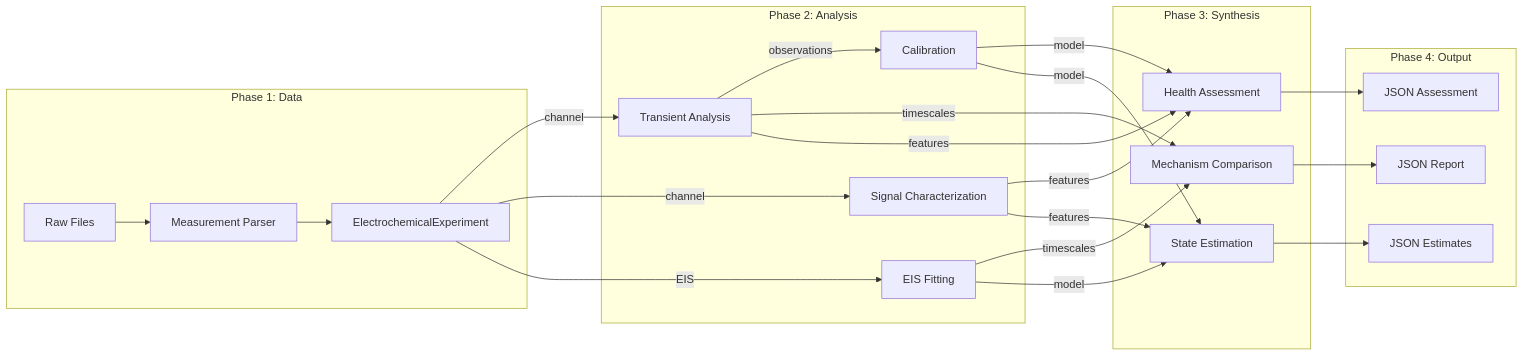
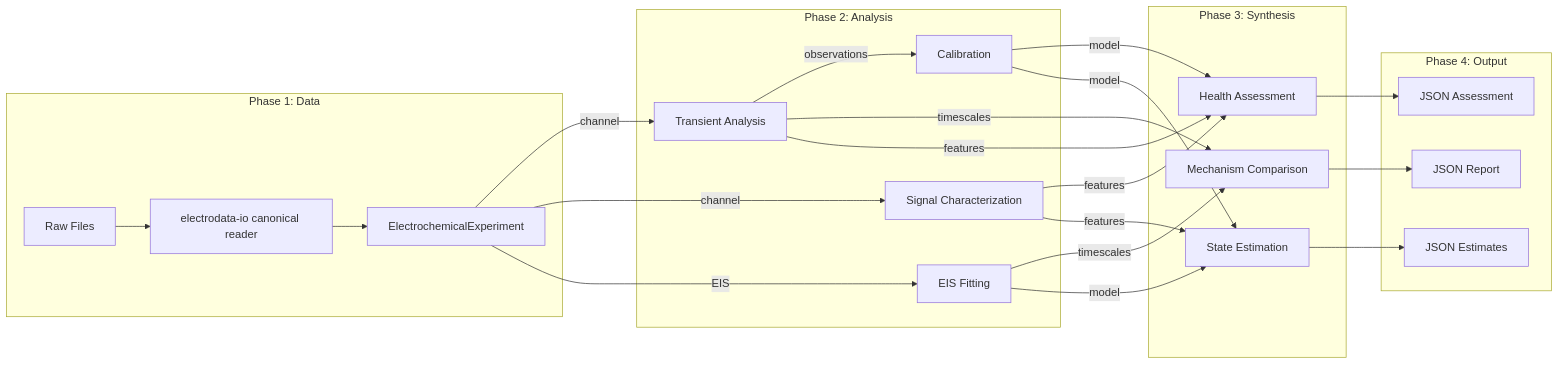
The sixth of 6 diagrams in docs/engineering_specification/06_workflows.md (XingyuW/rust_electroanalysis_cli), drawn with Mermaid before and after one commit. The commit also changed 22 other files, not shown here.

````diff
--- a/docs/engineering_specification/06_workflows.md
+++ b/docs/engineering_specification/06_workflows.md
@@ -231,31 +231,31 @@
 ```mermaid
 flowchart LR
     subgraph "Phase 1: Data"
-        RAW[Raw Files] --> PARSE[Measurement Parser]
+        RAW[Raw Files] --> PARSE[electrodata-io canonical reader]
         PARSE --> EXP[ElectrochemicalExperiment]
     end
     
     subgraph "Phase 2: Analysis"
         EXP -->|channel| TRANS[Transient Analysis]
         EXP -->|channel| SIG[Signal Characterization]
         EXP -->|EIS| EIS_FIT[EIS Fitting]
         TRANS -->|observations| CAL[Calibration]
     end
     
     subgraph "Phase 3: Synthesis"
         EIS_FIT -->|timescales| MECH[Mechanism Comparison]
         TRANS -->|timescales| MECH
         SIG -->|features| HEALTH[Health Assessment]
         TRANS -->|features| HEALTH
         CAL -->|model| HEALTH
         CAL -->|model| EST[State Estimation]
         SIG -->|features| EST
         EIS_FIT -->|model| EST
     end
     
     subgraph "Phase 4: Output"
         MECH --> JSON_M[JSON Report]
         HEALTH --> JSON_H[JSON Assessment]
         EST --> JSON_E[JSON Estimates]
     end
 ```
````
